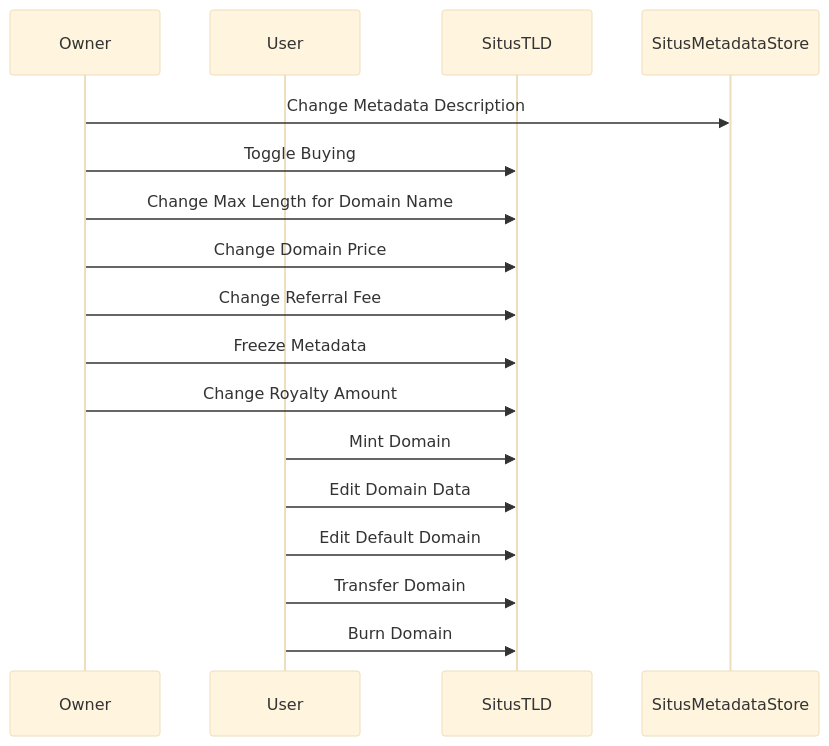
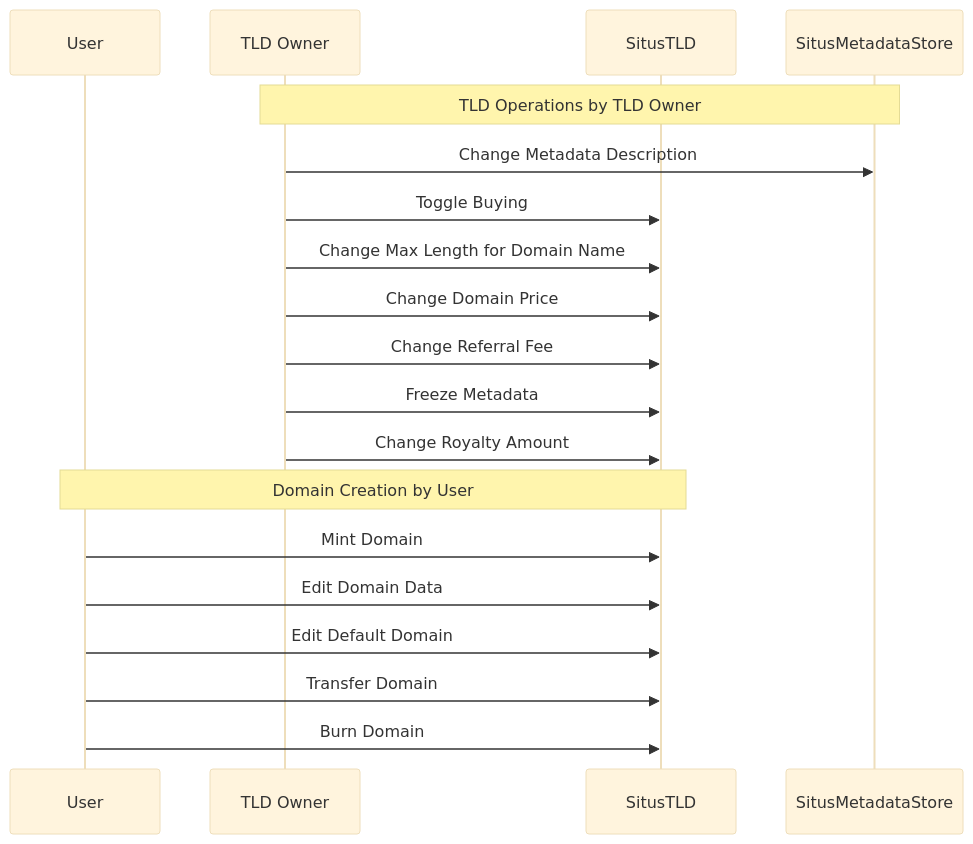
Before and after one commit to basin-global/Situs-Protocol: the third of 3 diagrams in README.md, drawn with Mermaid (base theme). The commit also changed other lines of this file, not shown here.

Commit message:
Rename users on sequence diagrams

````diff
--- a/README.md
+++ b/README.md
@@ -57,21 +57,21 @@
 ```mermaid
 sequenceDiagram
-    participant O as Owner
     participant U as User
+    participant O as TLD Owner
     participant T as SitusTLD
     participant M as SitusMetadataStore
-
+    Note over O, M: TLD Operations by TLD Owner
     O->>M: Change Metadata Description
     O->>T: Toggle Buying
     O->>T: Change Max Length for Domain Name    
     O->>T: Change Domain Price
     O->>T: Change Referral Fee
     O->>T: Freeze Metadata
     O->>T: Change Royalty Amount
-
+    Note over U, T: Domain Creation by User
     U->>T: Mint Domain
     U->>T: Edit Domain Data
     U->>T: Edit Default Domain
     U->>T: Transfer Domain
     U->>T: Burn Domain
 ```
````
